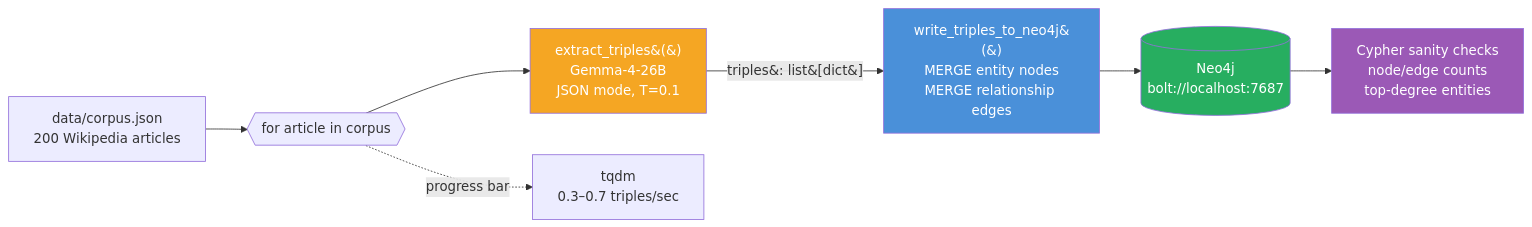
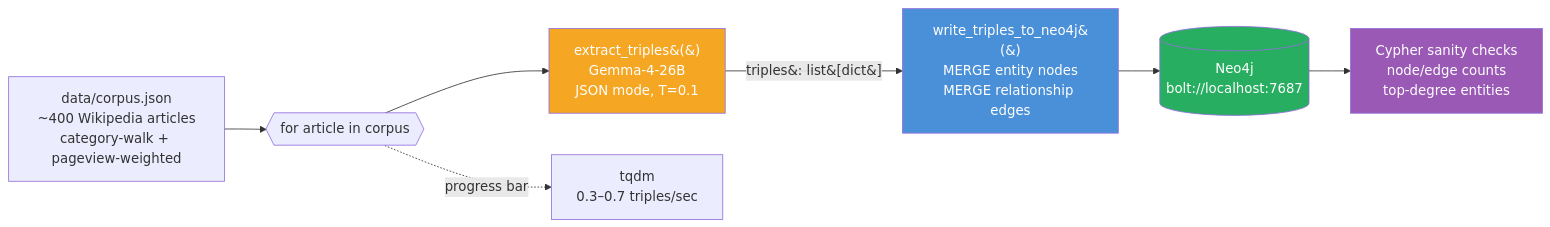
The first of 2 diagrams in Week 2.5 - GraphRAG.md (shaneliuyx/agent-development-curriculum), drawn with Mermaid before and after one commit. The commit also changed other lines of this file, not shown here.

````diff
--- a/Week 2.5 - GraphRAG.md
+++ b/Week 2.5 - GraphRAG.md
@@ -82,15 +82,15 @@
 ```mermaid
 flowchart LR
-    CORPUS[data/corpus.json<br/>200 Wikipedia articles] --> LOOP{{for article in corpus}}
+    CORPUS[data/corpus.json<br/>~400 Wikipedia articles<br/>category-walk + pageview-weighted] --> LOOP{{for article in corpus}}
     LOOP --> EXTRACT[extract_triples&#40;&#41;<br/>Gemma-4-26B<br/>JSON mode, T=0.1]
     EXTRACT -->|triples&#58; list&#91;dict&#93;| WRITE[write_triples_to_neo4j&#40;&#41;<br/>MERGE entity nodes<br/>MERGE relationship edges]
     WRITE --> NEO4J[(Neo4j<br/>bolt://localhost:7687)]
     LOOP -. progress bar .-> STDOUT[tqdm<br/>0.3–0.7 triples/sec]
 
     NEO4J --> VERIFY[Cypher sanity checks<br/>node/edge counts<br/>top-degree entities]
 
     style EXTRACT fill:#f5a623,color:#fff
     style WRITE fill:#4a90d9,color:#fff
     style NEO4J fill:#27ae60,color:#fff
     style VERIFY fill:#9b59b6,color:#fff
 ```
````
